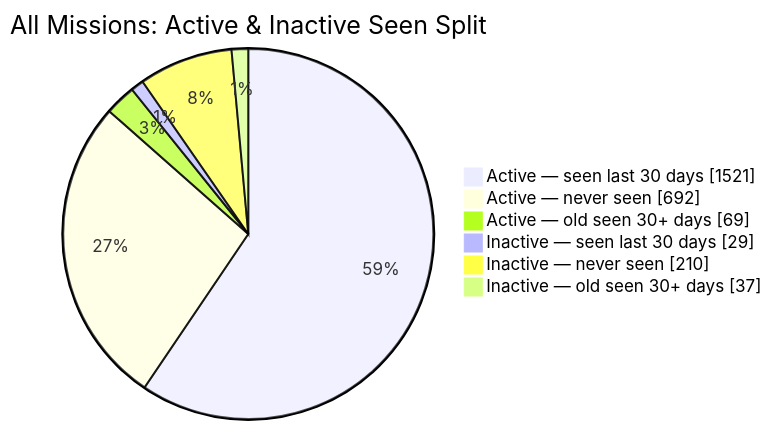
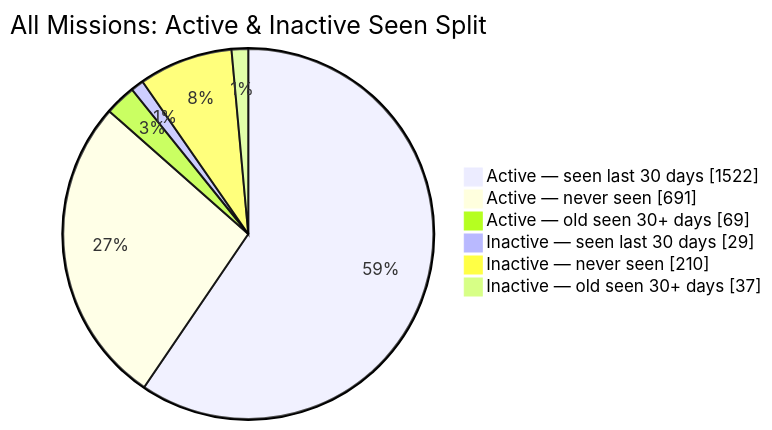
One commit to MeldkamerspelGameTeam/active-missions changed the second of 2 diagrams in README.md. Above: the diagram before and after it, drawn with Mermaid. The commit also changed other lines of this file and 2 other files, not shown here.

````diff
--- a/README.md
+++ b/README.md
@@ -44,10 +44,10 @@
 ```mermaid
 pie showData
     title All Missions: Active & Inactive Seen Split
-    "Active — seen last 30 days" : 1521
-    "Active — never seen" : 692
+    "Active — seen last 30 days" : 1522
+    "Active — never seen" : 691
     "Active — old seen 30+ days" : 69
     "Inactive — seen last 30 days" : 29
     "Inactive — never seen" : 210
     "Inactive — old seen 30+ days" : 37
 ```
````
